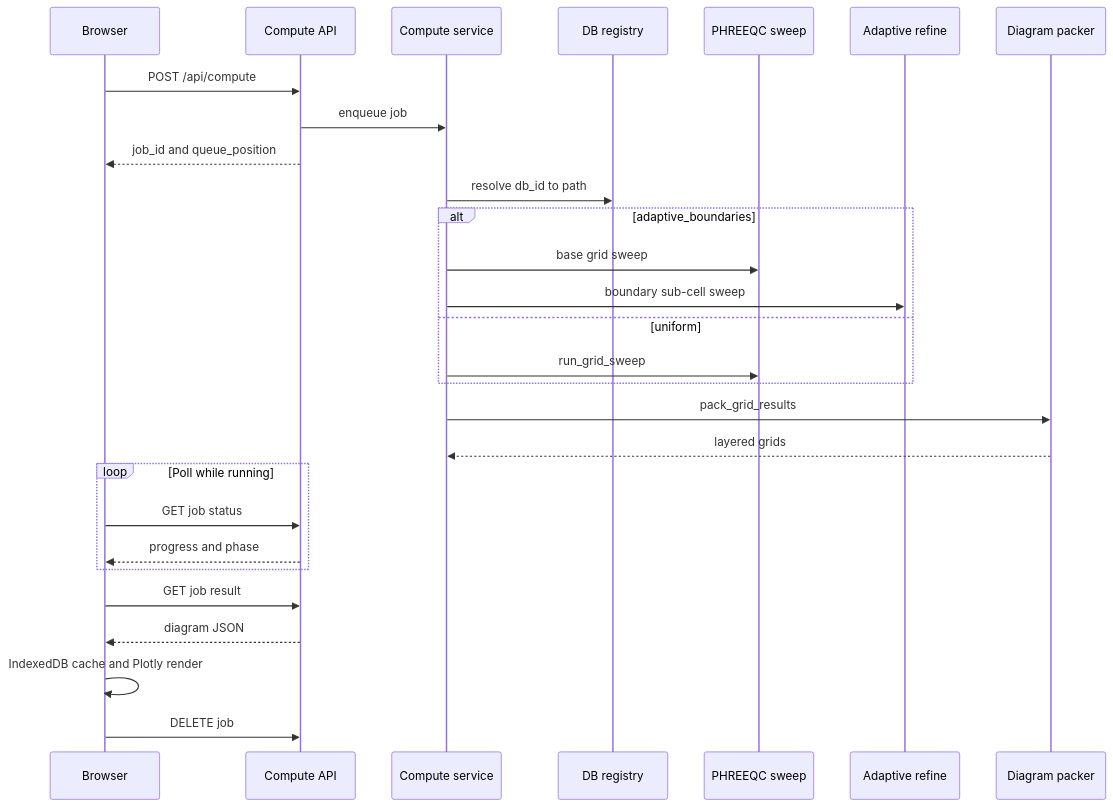
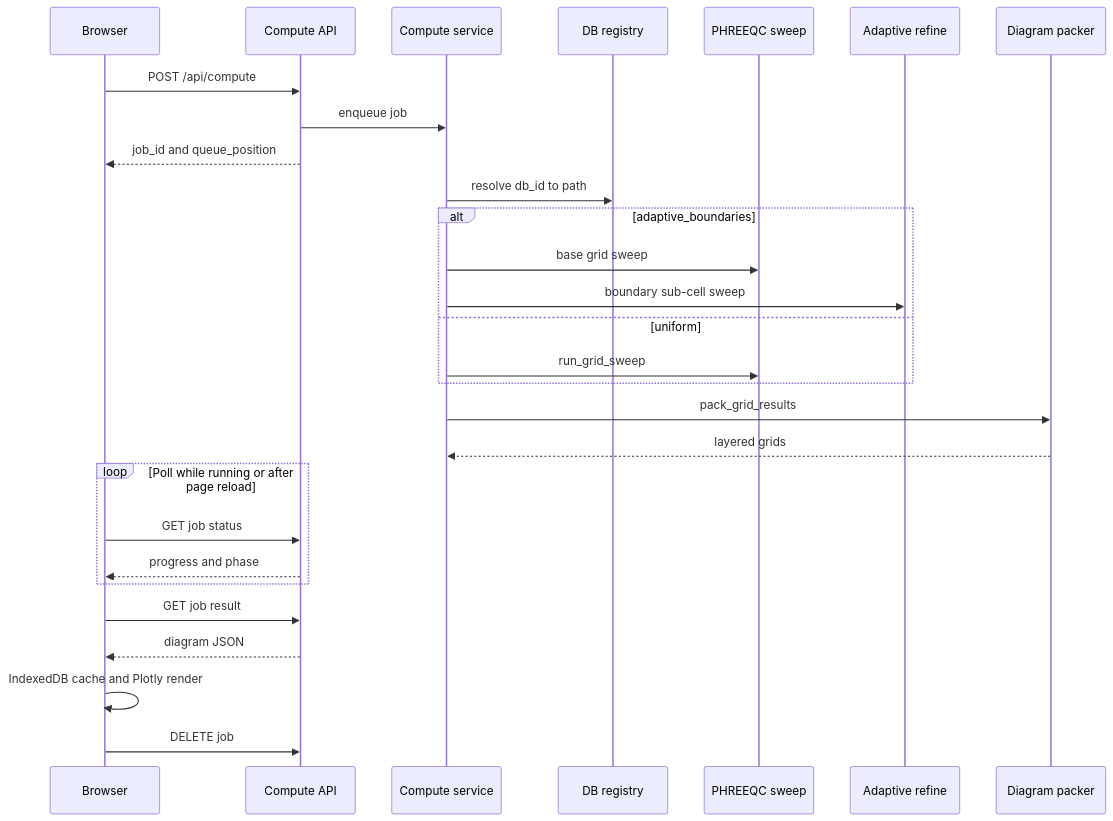
The second of 2 diagrams in README.md (Matteo-Loche/Phaser), drawn with Mermaid before and after one commit. The commit also changed other lines of this file and 6 other files, not shown here.

````diff
--- a/README.md
+++ b/README.md
@@ -402,31 +423,31 @@
 ```mermaid
 sequenceDiagram
     participant UI as Browser
     participant API as Compute API
     participant Job as Compute service
     participant Reg as DB registry
     participant Sw as PHREEQC sweep
     participant Ad as Adaptive refine
     participant Pack as Diagram packer
 
     UI->>API: POST /api/compute
     API->>Job: enqueue job
     API-->>UI: job_id and queue_position
     Job->>Reg: resolve db_id to path
     alt adaptive_boundaries
         Job->>Sw: base grid sweep
         Job->>Ad: boundary sub-cell sweep
     else uniform
         Job->>Sw: run_grid_sweep
     end
     Job->>Pack: pack_grid_results
     Pack-->>Job: layered grids
-    loop Poll while running
+    loop Poll while running or after page reload
         UI->>API: GET job status
         API-->>UI: progress and phase
     end
     UI->>API: GET job result
     API-->>UI: diagram JSON
     UI->>UI: IndexedDB cache and Plotly render
     UI->>API: DELETE job
 ```
````
